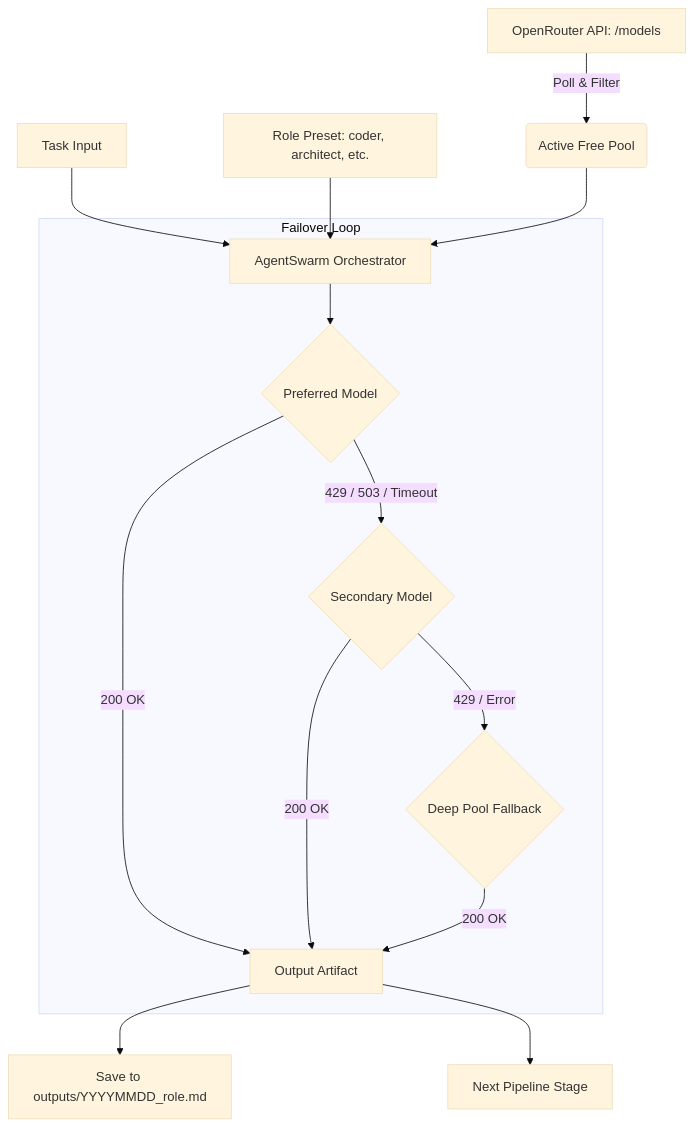
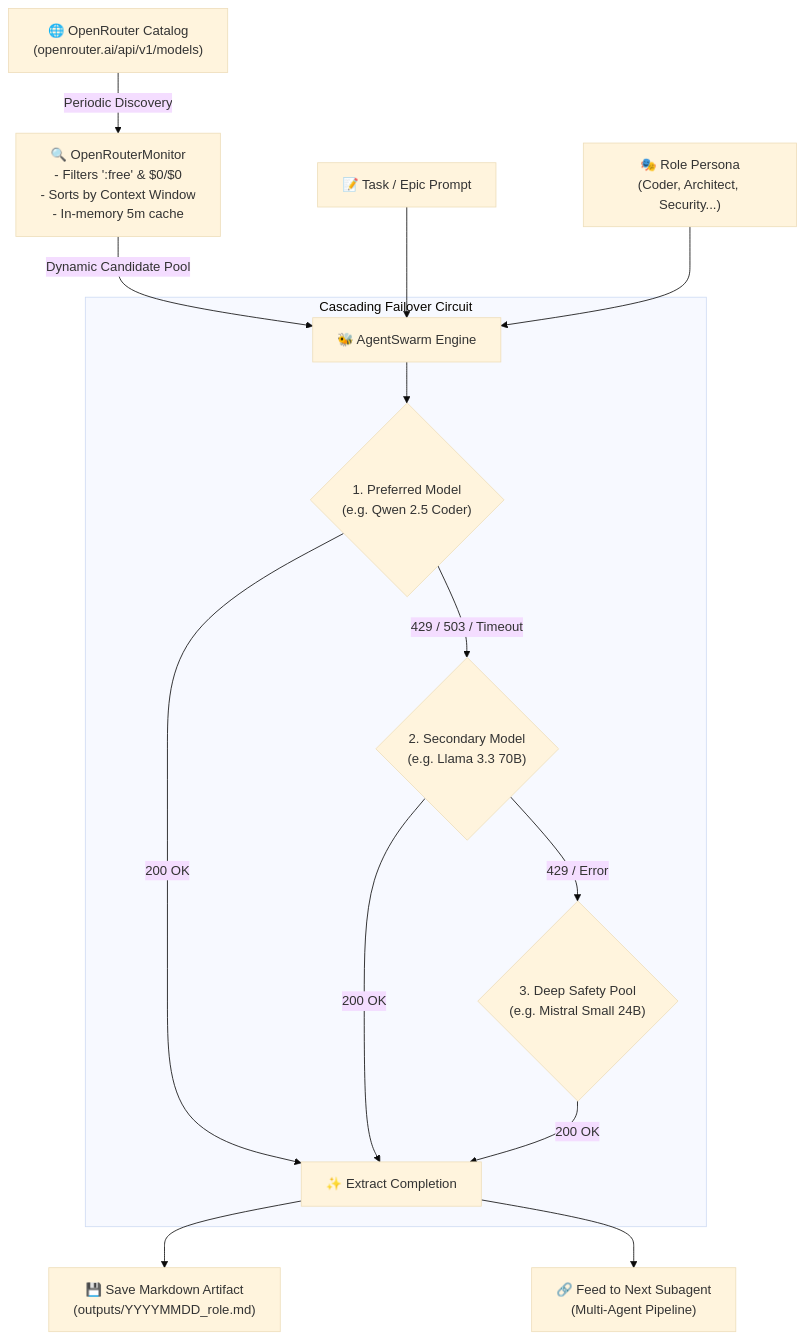
One commit to Djoystick/openrouter-free-agents changed the diagram in README.md. Above: the diagram before and after it, drawn with Mermaid (base theme). The commit also changed other lines of this file, not shown here.

Commit message:
style: elevate README visual appeal with ASCII branding, badge matrix, and mermaid lifecycle

````diff
--- a/README.md
+++ b/README.md
@@ -24,20 +101,20 @@
 ```mermaid
 flowchart TD
-    A[OpenRouter API: /models] -->|Poll & Filter| B(Active Free Pool)
+    Catalog["🌐 OpenRouter Catalog\n(openrouter.ai/api/v1/models)"] -->|Periodic Discovery| Monitor["🔍 OpenRouterMonitor\n- Filters ':free' & $0/$0\n- Sorts by Context Window\n- In-memory 5m cache"]
     
-    Task[Task Input] --> Swarm[AgentSwarm Orchestrator]
-    Role[Role Preset: coder, architect, etc.] --> Swarm
-    B --> Swarm
+    Monitor -->|Dynamic Candidate Pool| Swarm["🐝 AgentSwarm Engine"]
+    UserTask["📝 Task / Epic Prompt"] --> Swarm
+    RolePreset["🎭 Role Persona\n(Coder, Architect, Security...)"] --> Swarm
     
-    subgraph Failover Loop
-        Swarm --> M1{Preferred Model}
-        M1 -->|200 OK| Out[Output Artifact]
-        M1 -->|429 / 503 / Timeout| M2{Secondary Model}
+    subgraph Circuit_Breaker ["Cascading Failover Circuit"]
+        Swarm --> M1{"1. Preferred Model\n(e.g. Qwen 2.5 Coder)"}
+        M1 -->|200 OK| Out["✨ Extract Completion"]
+        M1 -->|429 / 503 / Timeout| M2{"2. Secondary Model\n(e.g. Llama 3.3 70B)"}
         M2 -->|200 OK| Out
-        M2 -->|429 / Error| M3{Deep Pool Fallback}
+        M2 -->|429 / Error| M3{"3. Deep Safety Pool\n(e.g. Mistral Small 24B)"}
         M3 -->|200 OK| Out
     end
     
-    Out --> Save[Save to outputs/YYYYMMDD_role.md]
-    Out --> Pipe[Next Pipeline Stage]
+    Out --> Artifact["💾 Save Markdown Artifact\n(outputs/YYYYMMDD_role.md)"]
+    Out --> Pipeline["🔗 Feed to Next Subagent\n(Multi-Agent Pipeline)"]
 ```
````
